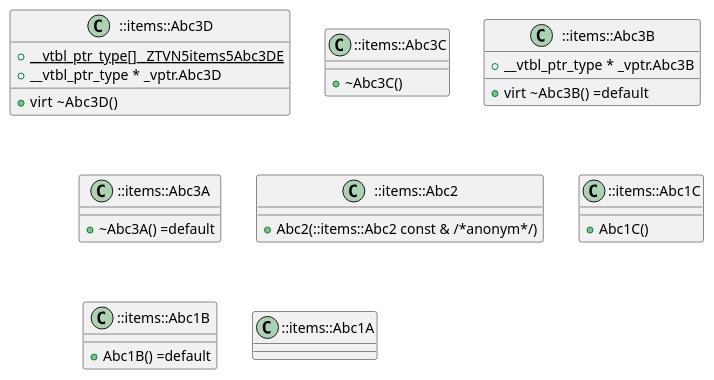
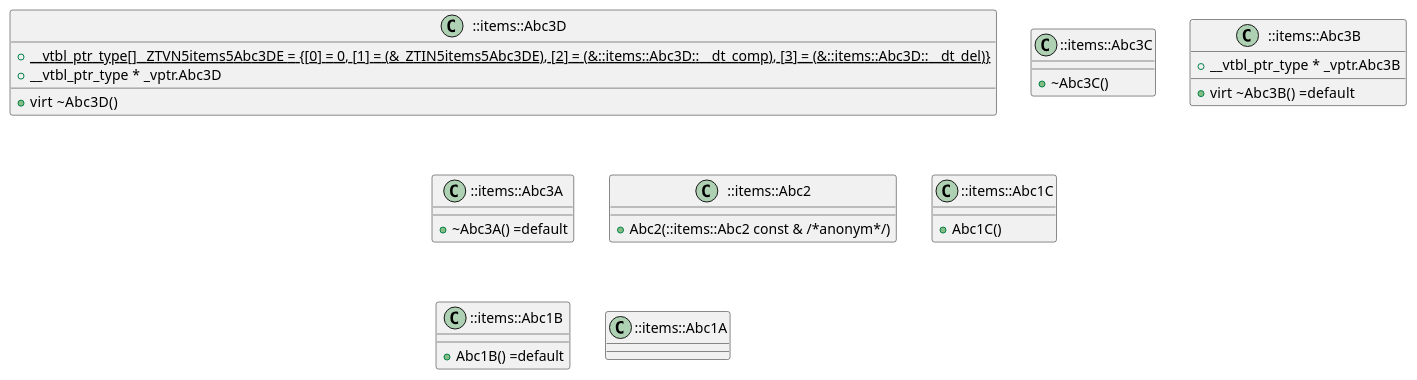
The diagram in examples/inheritgraph/cpp_ctors.cpp.puml (anetczuk/gcc-uml), drawn with PlantUML before and after one commit. The commit also changed 29 other files, not shown here.

Commit message:
Show virtual table on inheritance graph

```diff
--- a/examples/inheritgraph/cpp_ctors.cpp.puml
+++ b/examples/inheritgraph/cpp_ctors.cpp.puml
@@ -1,31 +1,31 @@
 @startuml
 
 class "::items::Abc3D" as item_0 {
-    {field} {static} + __vtbl_ptr_type[] _ZTVN5items5Abc3DE
+    {field} {static} + __vtbl_ptr_type[] _ZTVN5items5Abc3DE = {[0] = 0, [1] = (&_ZTIN5items5Abc3DE), [2] = (&::items::Abc3D::__dt_comp), [3] = (&::items::Abc3D::__dt_del)}
     {field} + __vtbl_ptr_type * _vptr.Abc3D
     {method} +virt  ~Abc3D() 
 }
 class "::items::Abc3C" as item_1 {
     {method} +  ~Abc3C() 
 }
 class "::items::Abc3B" as item_2 {
     {field} + __vtbl_ptr_type * _vptr.Abc3B
     {method} +virt  ~Abc3B() =default
 }
 class "::items::Abc3A" as item_3 {
     {method} +  ~Abc3A() =default
 }
 class "::items::Abc2" as item_4 {
     {method} +  Abc2(::items::Abc2 const & /*anonym*/) 
 }
 class "::items::Abc1C" as item_5 {
     {method} +  Abc1C() 
 }
 class "::items::Abc1B" as item_6 {
     {method} +  Abc1B() =default
 }
 class "::items::Abc1A" as item_7 {
 }
 
 
 @enduml
```
